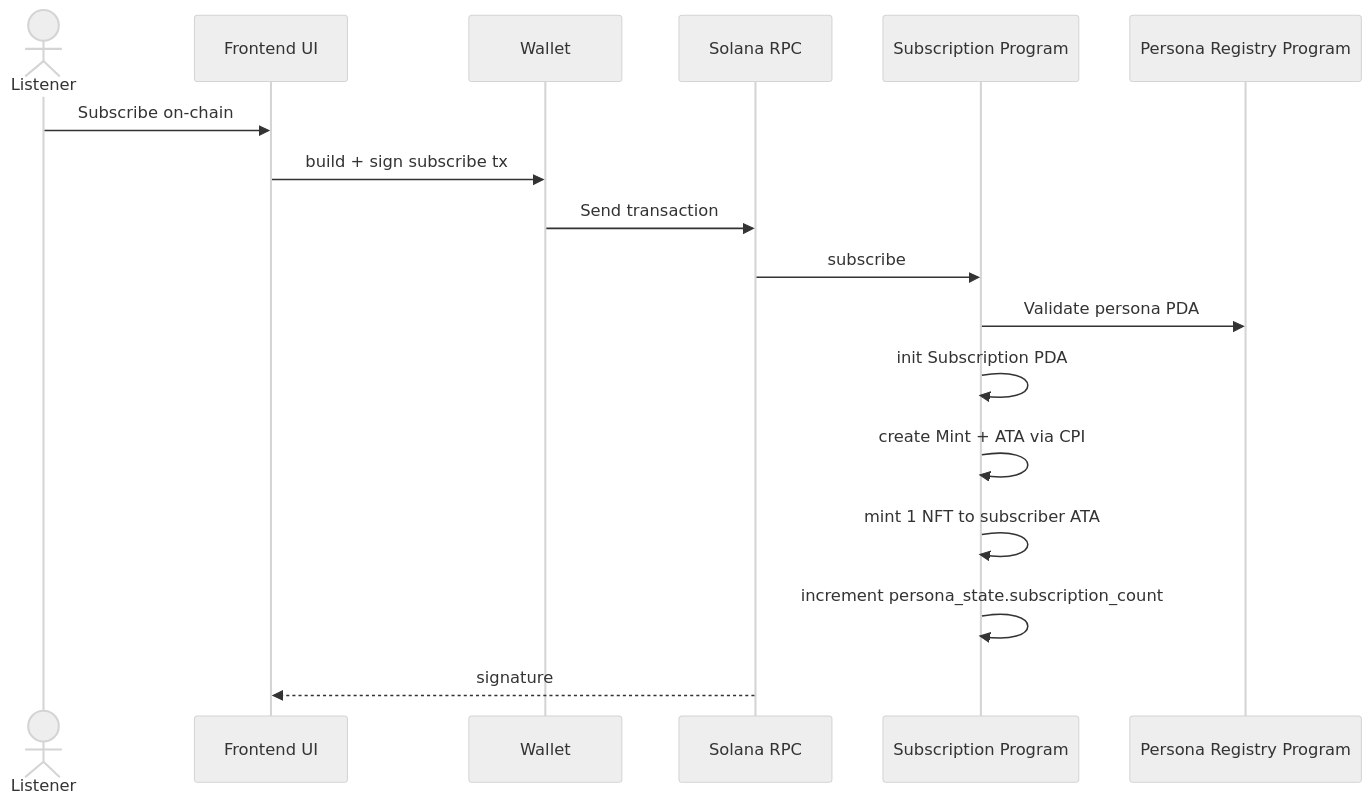
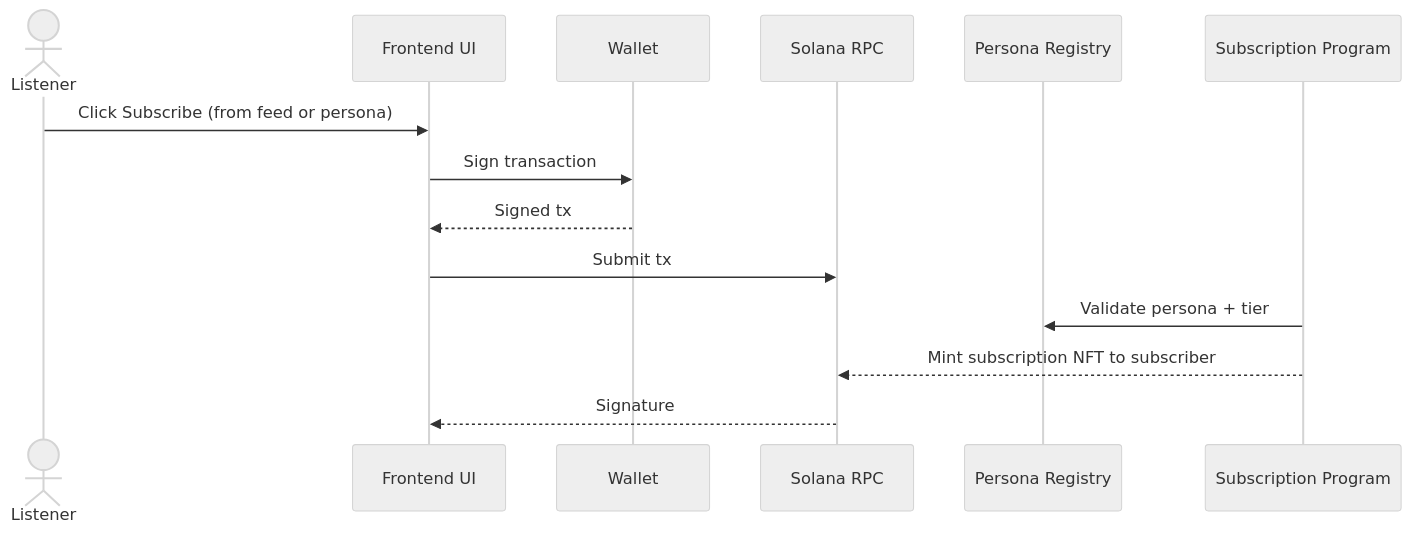
One commit to heemankv/sigints.club changed the fourth of 6 diagrams in documents/Sequence_Diagrams.md. Above: the diagram before and after it, drawn with Mermaid (neutral theme). The commit also changed other lines of this file and 6 other files, not shown here.

````diff
--- a/documents/Sequence_Diagrams.md
+++ b/documents/Sequence_Diagrams.md
@@ -205,20 +105,17 @@
 ```mermaid
 sequenceDiagram
   actor Listener
   participant UI as Frontend UI
   participant Wallet
   participant RPC as Solana RPC
+  participant Registry as Persona Registry
   participant SubProg as Subscription Program
-  participant Registry as Persona Registry Program
 
-  Listener->>UI: Subscribe on-chain
-  UI->>Wallet: build + sign subscribe tx
-  Wallet->>RPC: Send transaction
-  RPC->>SubProg: subscribe
-  SubProg->>Registry: Validate persona PDA
-  SubProg->>SubProg: init Subscription PDA
-  SubProg->>SubProg: create Mint + ATA via CPI
-  SubProg->>SubProg: mint 1 NFT to subscriber ATA
-  SubProg->>SubProg: increment persona_state.subscription_count
-  RPC-->>UI: signature
+  Listener->>UI: Click Subscribe (from feed or persona)
+  UI->>Wallet: Sign transaction
+  Wallet-->>UI: Signed tx
+  UI->>RPC: Submit tx
+  SubProg->>Registry: Validate persona + tier
+  SubProg-->>RPC: Mint subscription NFT to subscriber
+  RPC-->>UI: Signature
 ```
````
